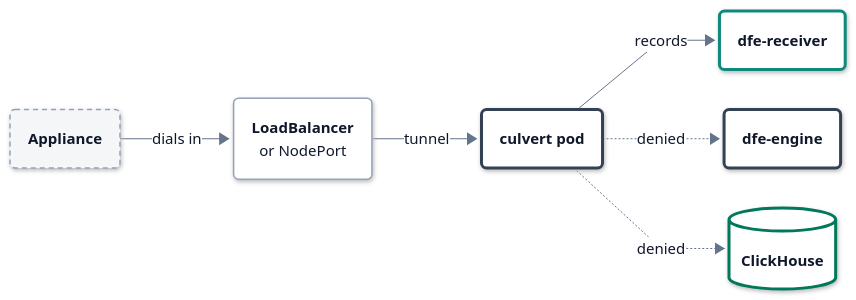
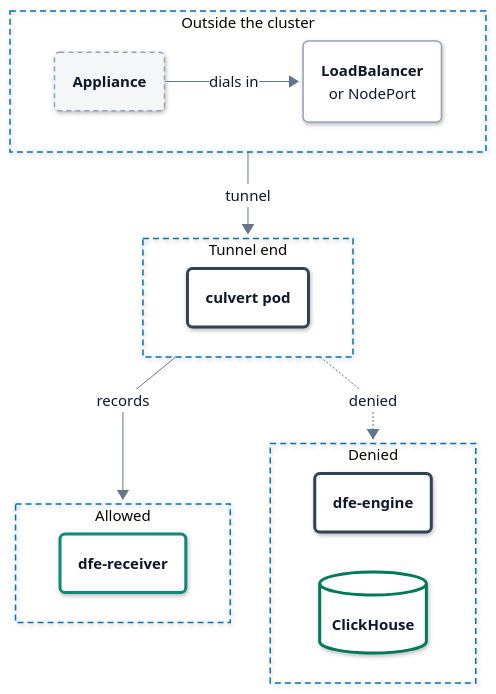
Before and after one commit to hyperi-io/dfe-infra: the diagram in docs/deployment/edge-vpn.md, drawn with Mermaid. The commit also changed 17 other files, not shown here.

First line of the commit message:
docs(architecture): map suite in architecture.md and fit charts to 860 px (#1152)

````diff
--- a/docs/deployment/edge-vpn.md
+++ b/docs/deployment/edge-vpn.md
@@ -79,23 +79,31 @@
     .ui .label-icon{color:#D9480F}
     .ext .label-icon{color:#64748B}
 ---
-flowchart LR
+flowchart TB
     accTitle: L4 Detail -- Tunnel client reach
     accDescr: An appliance dials in to the public LoadBalancer, or the NodePort on AWS, and its tunnel ends in the culvert pod. From there records reach dfe-receiver, and the paths to dfe-engine and ClickHouse are denied.
-
-    appliance("<b>Appliance</b>")
-    door("<b>LoadBalancer</b><br/><span>or NodePort</span>")
-    culvert("<b>culvert pod</b>")
-    receiver("<b>dfe-receiver</b>")
-    engine("<b>dfe-engine</b>")
-    clickhouse[("<b>ClickHouse</b>")]
-
-    appliance -->|dials in| door
-    door -->|tunnel| culvert
-    culvert -->|records| receiver
-    culvert -.->|denied| engine
-    culvert -.->|denied| clickhouse
-
+    subgraph outside["Outside the cluster"]
+        direction LR
+        appliance("<b>Appliance</b>")
+        door("<b>LoadBalancer</b><br/><span>or NodePort</span>")
+        appliance -->|dials in| door
+    end
+    subgraph tunnel["Tunnel end"]
+        direction LR
+        culvert("<b>culvert pod</b>")
+    end
+    subgraph allowed["Allowed"]
+        direction LR
+        receiver("<b>dfe-receiver</b>")
+    end
+    subgraph denied["Denied"]
+        direction LR
+        engine("<b>dfe-engine</b>")
+        clickhouse[("<b>ClickHouse</b>")]
+    end
+    outside -->|tunnel| tunnel
+    tunnel -->|records| allowed
+    tunnel -.->|denied| denied
     class appliance ext
     class door part
     class culvert,engine control
@@ -112,4 +120,8 @@
   classDef error fill:#FFFFFF,stroke:#C2410C,stroke-width:3px,color:#0F172A
   classDef control fill:#FFFFFF,stroke:#334155,stroke-width:3px,color:#0F172A
   classDef part fill:#FFFFFF,stroke:#94A3B8,stroke-width:1.5px,color:#0F172A
+  style outside fill:none,stroke:#0072B2,stroke-width:1.5px,stroke-dasharray:6 4
+  style tunnel fill:none,stroke:#0072B2,stroke-width:1.5px,stroke-dasharray:6 4
+  style allowed fill:none,stroke:#0072B2,stroke-width:1.5px,stroke-dasharray:6 4
+  style denied fill:none,stroke:#0072B2,stroke-width:1.5px,stroke-dasharray:6 4
 ```
````
